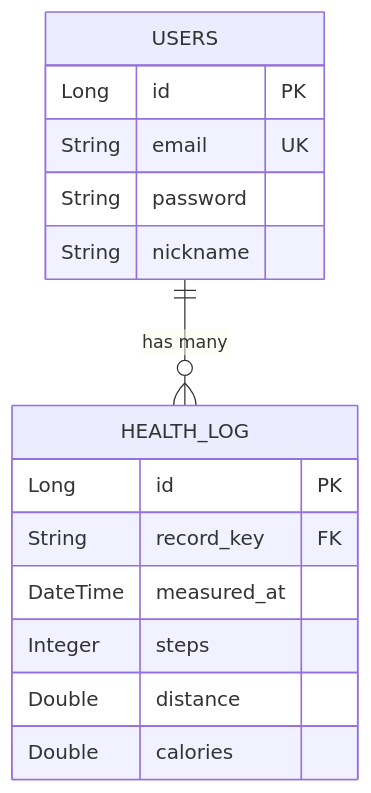
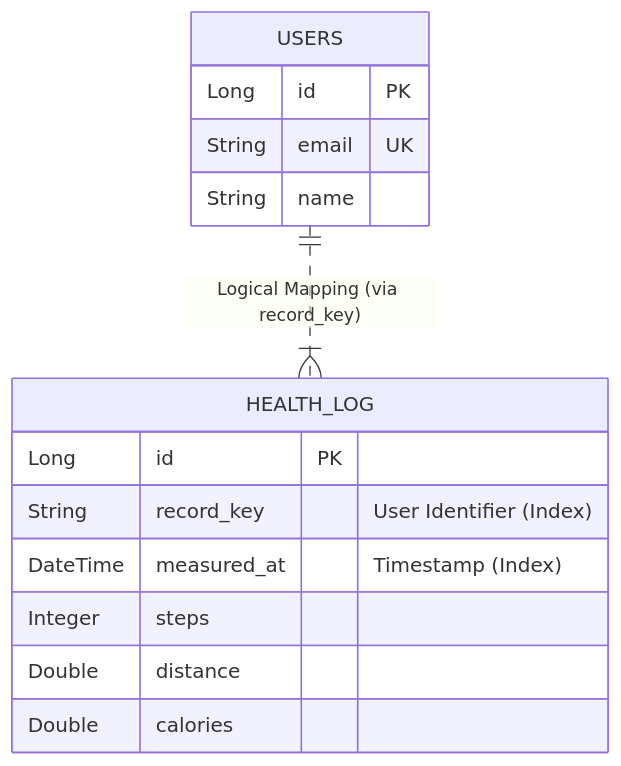
Before and after one commit to cheolhyeonpark90/ocare-backend: the second of 2 diagrams in README.md, drawn with Mermaid. The commit also changed other lines of this file, not shown here.

````diff
--- a/README.md
+++ b/README.md
@@ -76,18 +98,17 @@
 ```mermaid
 erDiagram
     USERS {
         Long id PK
         String email UK
-        String password
-        String nickname
+        String name
     }
     HEALTH_LOG {
         Long id PK
-        String record_key FK
-        DateTime measured_at
+        String record_key "User Identifier (Index)"
+        DateTime measured_at "Timestamp (Index)"
         Integer steps
         Double distance
         Double calories
     }
-    USERS ||--o{ HEALTH_LOG : "has many"
+    USERS ||..|{ HEALTH_LOG : "Logical Mapping (via record_key)"
 ```
````
